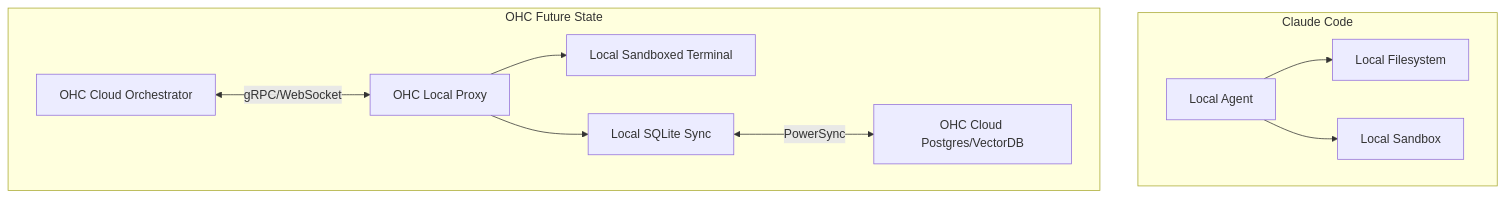
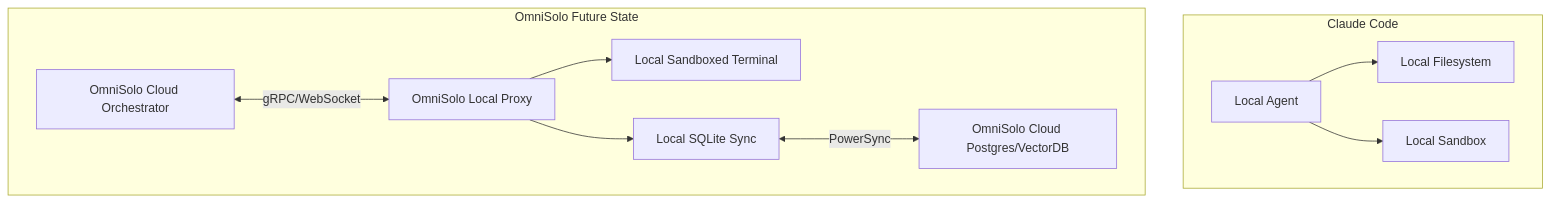
One commit to omnisolo-llc/onehumancorp changed the second of 2 diagrams in docs/technical/research/hybrid-agentic-os-audit.md. Above: the diagram before and after it, drawn with Mermaid. The commit also changed other lines of this file and 2191 other files, not shown here.

Commit message:
feat: complete OmniSolo rename and browser audit

````diff
--- a/docs/technical/research/hybrid-agentic-os-audit.md
+++ b/docs/technical/research/hybrid-agentic-os-audit.md
@@ -90,14 +90,14 @@
 ```mermaid
 graph TD
     subgraph Claude Code
         A[Local Agent] --> B[Local Filesystem]
         A --> C[Local Sandbox]
     end
 
-    subgraph OHC Future State
-        D[OHC Cloud Orchestrator] <-->|gRPC/WebSocket| E[OHC Local Proxy]
+    subgraph OmniSolo Future State
+        D[OmniSolo Cloud Orchestrator] <-->|gRPC/WebSocket| E[OmniSolo Local Proxy]
         E --> F[Local Sandboxed Terminal]
         E --> G[Local SQLite Sync]
-        G <-->|PowerSync| H[OHC Cloud Postgres/VectorDB]
+        G <-->|PowerSync| H[OmniSolo Cloud Postgres/VectorDB]
     end
 ```
````
